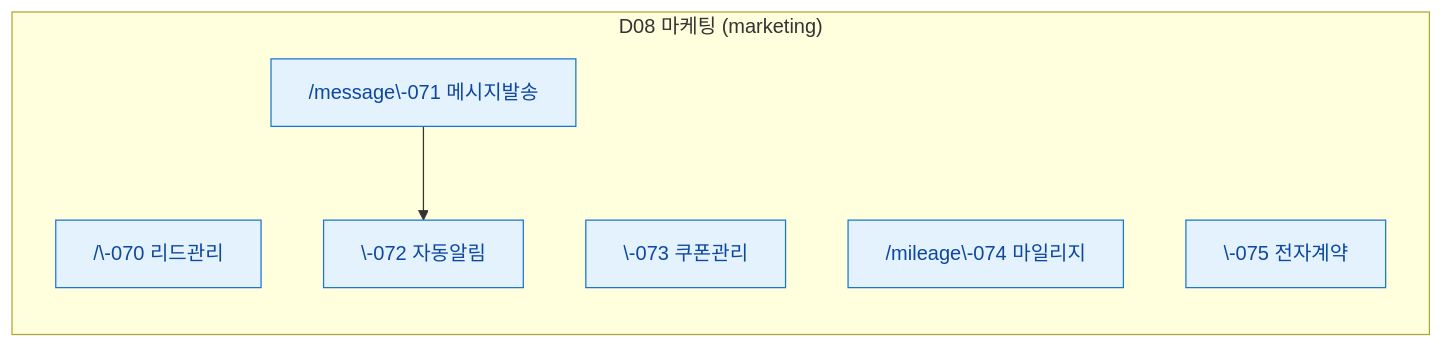
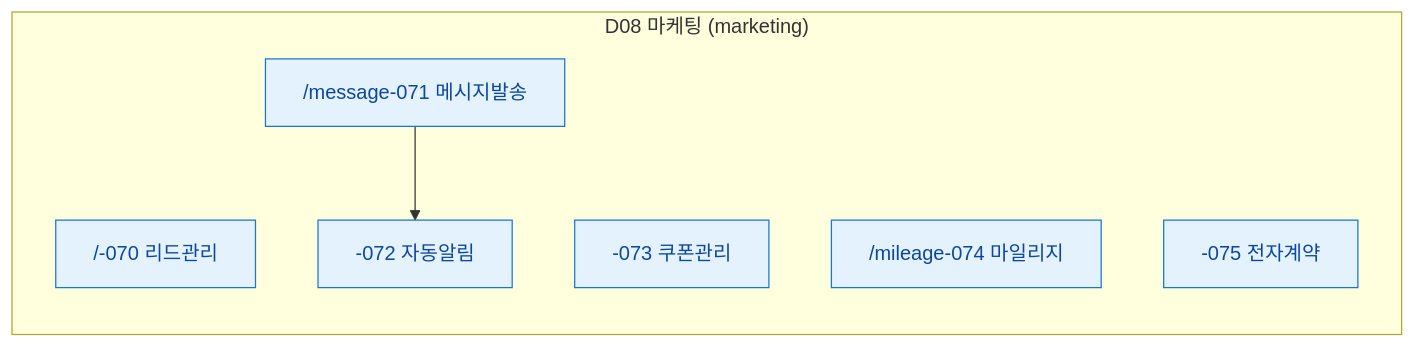
The ninth of 11 diagrams in docs/admin/다이어그램/00_사이트맵/N2_도메인별_사이트맵.md (dev-spogym/admin-pando), drawn with Mermaid before and after one commit. The commit also changed other lines of this file and 369 other files, not shown here.

````diff
--- a/docs/admin/다이어그램/00_사이트맵/N2_도메인별_사이트맵.md
+++ b/docs/admin/다이어그램/00_사이트맵/N2_도메인별_사이트맵.md
@@ -219,16 +219,16 @@
 ```mermaid
 flowchart LR
     subgraph D08["D08 마케팅 (marketing)"]
-        SCR070["/\-070 리드관리"]
-        SCR071["/message\-071 메시지발송"]
-        SCR072["\-072 자동알림"]
-        SCR073["\-073 쿠폰관리"]
-        SCR074["/mileage\-074 마일리지"]
-        SCR075["\-075 전자계약"]
+        SCR070["/-070 리드관리"]
+        SCR071["/message-071 메시지발송"]
+        SCR072["-072 자동알림"]
+        SCR073["-073 쿠폰관리"]
+        SCR074["/mileage-074 마일리지"]
+        SCR075["-075 전자계약"]
     end
 
     SCR071 --> SCR072
 
     classDef screen fill:#E3F2FD,stroke:#1976D2,color:#0D47A1
     class SCR070,SCR071,SCR072,SCR073,SCR074,SCR075 screen
 ```
````
